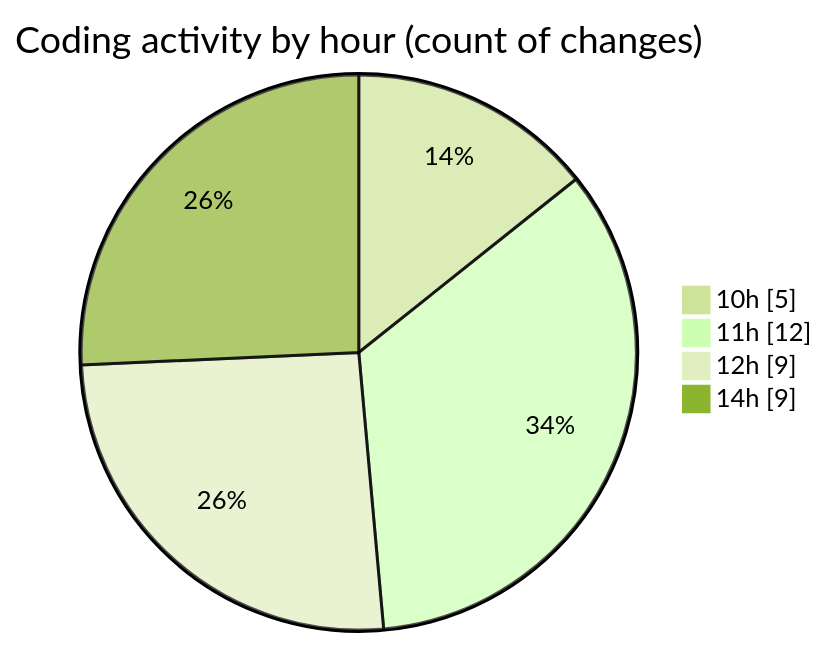
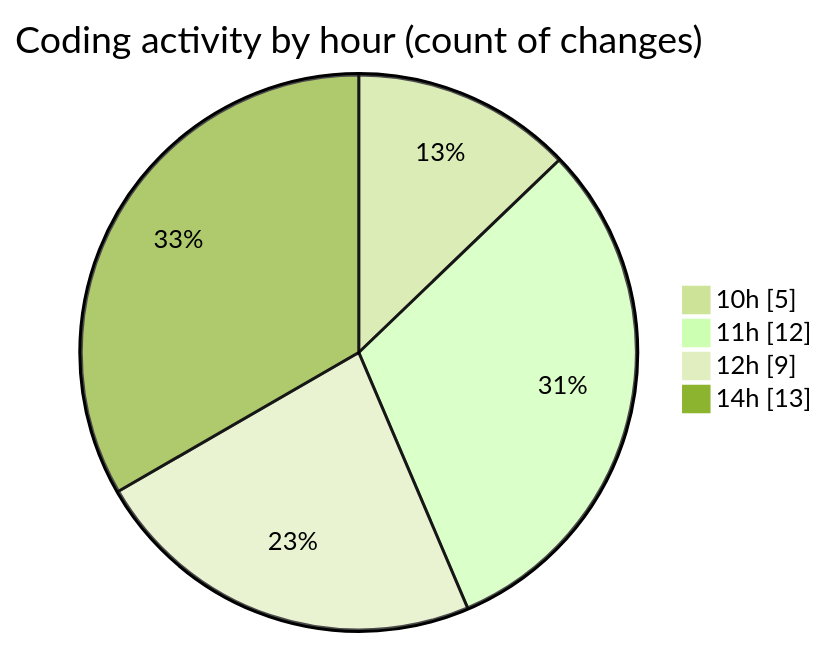
The second of 2 diagrams in 2026-04-12/airfeed-analytics-dashboard/README.md (nxtqubesakshisongat/code-tracking), drawn with Mermaid (forest theme) before and after one commit. The commit also changed other lines of this file and 1 other file, not shown here.

````diff
--- a/2026-04-12/airfeed-analytics-dashboard/README.md
+++ b/2026-04-12/airfeed-analytics-dashboard/README.md
@@ -37,8 +37,8 @@
 ```mermaid
 pie showData
 title Coding activity by hour (count of changes)
 "10h" : 5
 "11h" : 12
 "12h" : 9
-"14h" : 9
+"14h" : 13
 ```
````
